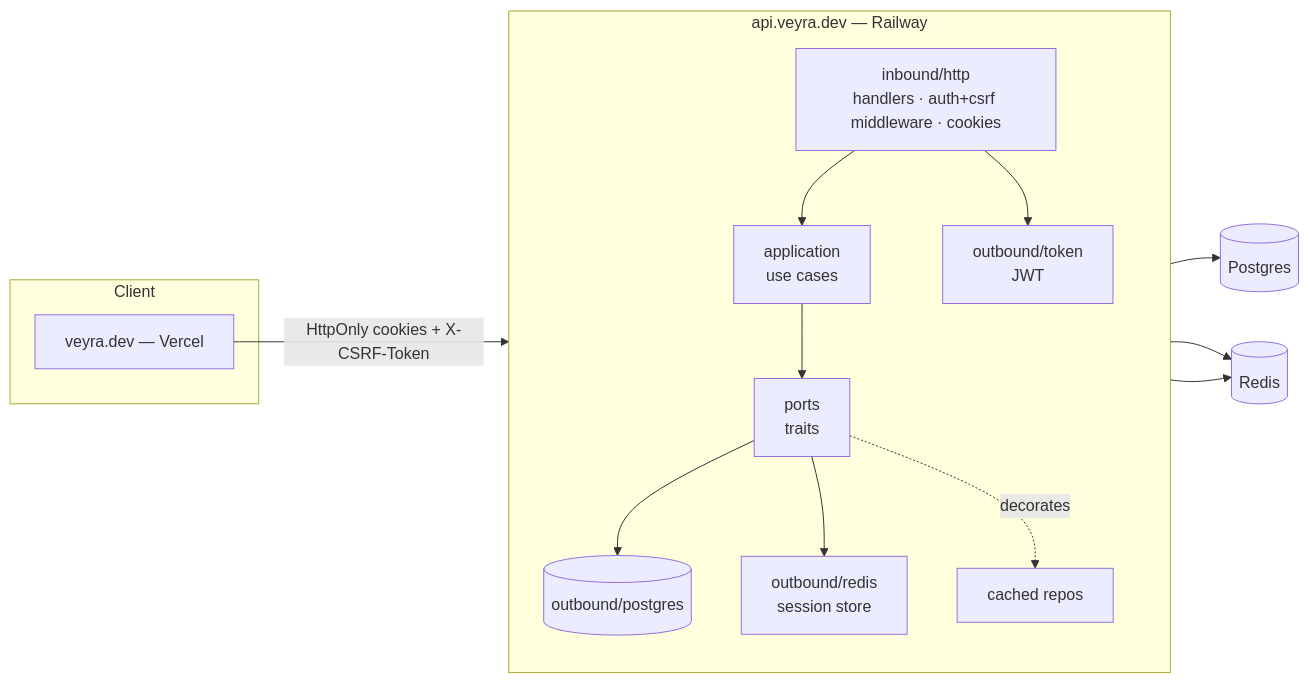
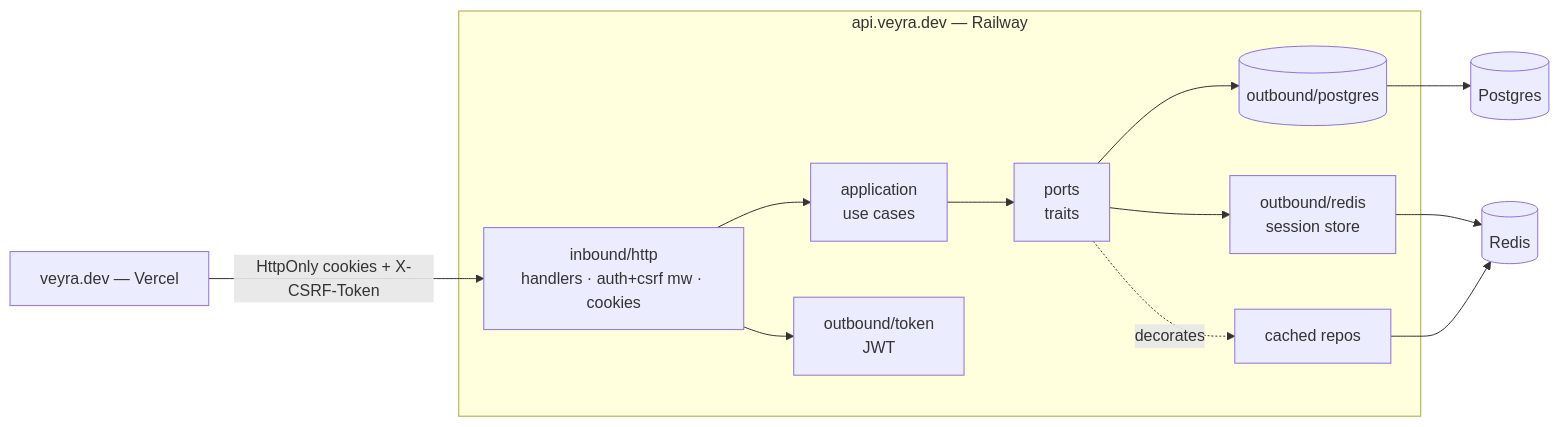
One commit to oksasatya/veyra changed the diagram in docs/superpowers/plans/2026-06-27-redis-auth-cache.md. Above: the diagram before and after it, drawn with Mermaid. The commit also changed other lines of this file, not shown here.

````diff
--- a/docs/superpowers/plans/2026-06-27-redis-auth-cache.md
+++ b/docs/superpowers/plans/2026-06-27-redis-auth-cache.md
@@ -1023,19 +562,15 @@
 ```mermaid
 flowchart LR
-  subgraph Client
-    FE[veyra.dev — Vercel]
-  end
+  FE[veyra.dev — Vercel] -->|HttpOnly cookies + X-CSRF-Token| H
   subgraph API[api.veyra.dev — Railway]
-    direction TB
-    H[inbound/http<br/>handlers · auth+csrf middleware · cookies] --> A[application<br/>use cases]
+    H[inbound/http<br/>handlers · auth+csrf mw · cookies] --> A[application<br/>use cases]
     A --> P[ports<br/>traits]
     P --> PG[(outbound/postgres)]
     P --> RS[outbound/redis<br/>session store]
     P -. decorates .-> CD[cached repos]
     H --> TK[outbound/token<br/>JWT]
   end
-  FE -->|HttpOnly cookies + X-CSRF-Token| H
   PG --> DB[(Postgres)]
   RS --> RD[(Redis)]
   CD --> RD
 ```
````
